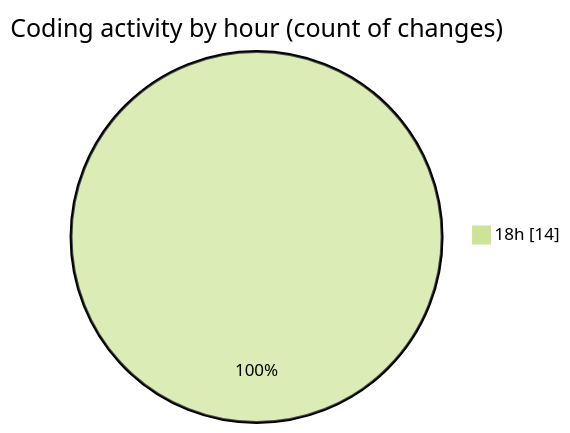
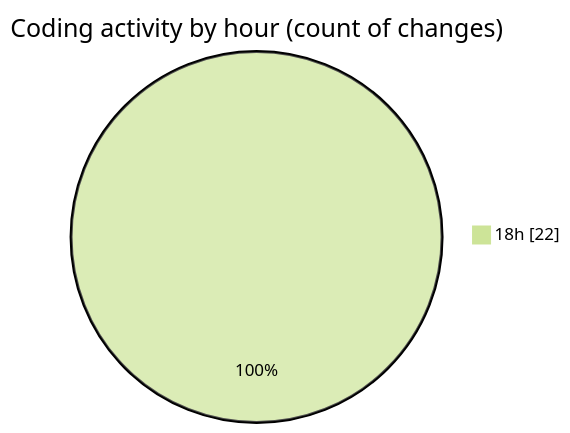
The second of 2 diagrams in 2025-06-13/studio-backend/README.md (idhammustaqopulfikri/code-tracking), drawn with Mermaid (forest theme) before and after one commit. The commit also changed other lines of this file and 1 other file, not shown here.

````diff
--- a/2025-06-13/studio-backend/README.md
+++ b/2025-06-13/studio-backend/README.md
@@ -33,5 +36,5 @@
 ```mermaid
 pie showData
 title Coding activity by hour (count of changes)
-"18h" : 14
+"18h" : 22
 ```
````
